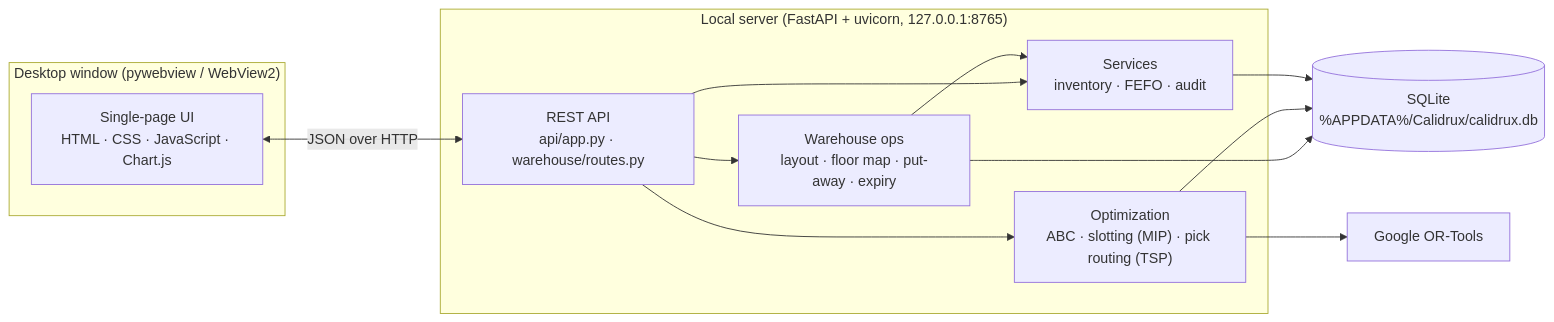
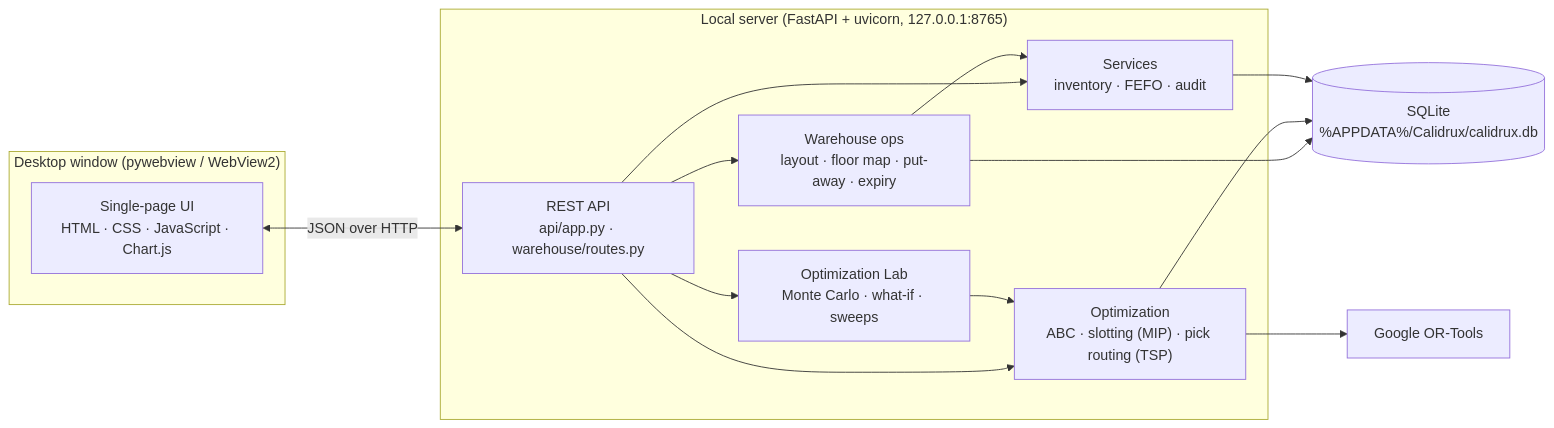
One commit to JijnasuRout/Calidrux changed the first of 3 diagrams in docs/ARCHITECTURE.md. Above: the diagram before and after it, drawn with Mermaid. The commit also changed other lines of this file and 25 other files, not shown here.

First line of the commit message:
v0.4.0: Optimization Lab — slider-driven what-if analytics

````diff
--- a/docs/ARCHITECTURE.md
+++ b/docs/ARCHITECTURE.md
@@ -7,19 +7,21 @@
 ```mermaid
 flowchart LR
     subgraph Window["Desktop window (pywebview / WebView2)"]
         UI["Single-page UI<br/>HTML · CSS · JavaScript · Chart.js"]
     end
     subgraph Server["Local server (FastAPI + uvicorn, 127.0.0.1:8765)"]
         API["REST API<br/>api/app.py · warehouse/routes.py"]
         WH["Warehouse ops<br/>layout · floor map · put-away · expiry"]
         OPT["Optimization<br/>ABC · slotting (MIP) · pick routing (TSP)"]
+        LAB["Optimization Lab<br/>Monte Carlo · what-if · sweeps"]
         SVC["Services<br/>inventory · FEFO · audit"]
     end
     DB[("SQLite<br/>%APPDATA%/Calidrux/calidrux.db")]
     ORT["Google OR-Tools"]
     UI <-->|JSON over HTTP| API
-    API --> WH & OPT & SVC
+    API --> WH & OPT & SVC & LAB
+    LAB --> OPT
     WH --> SVC
     OPT --> ORT
     WH & OPT & SVC --> DB
 ```
````
